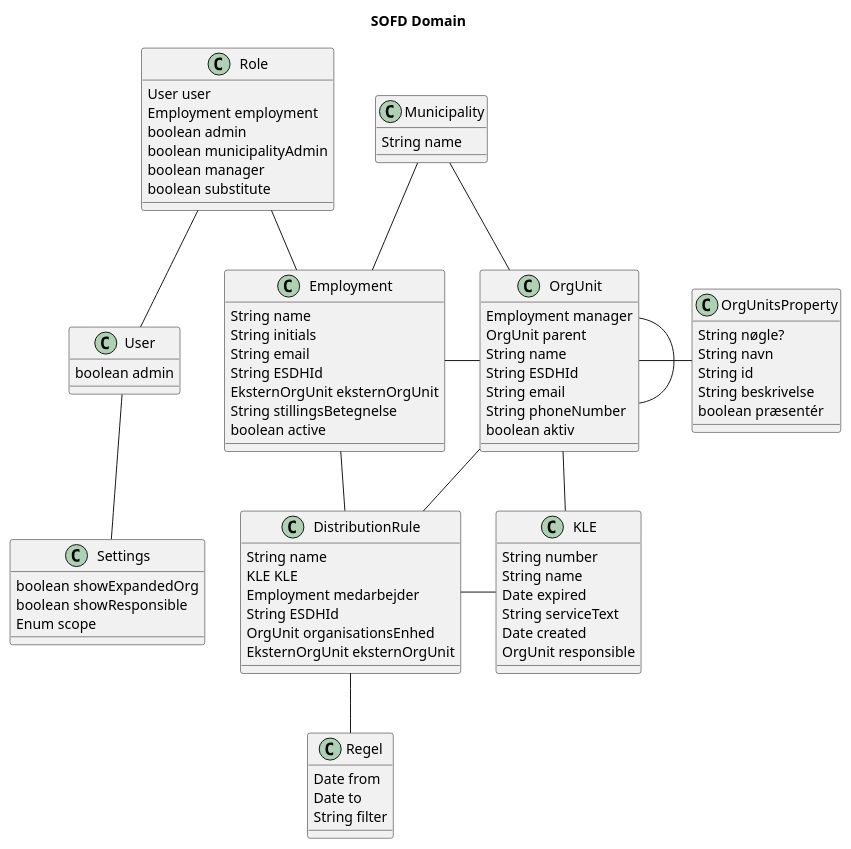
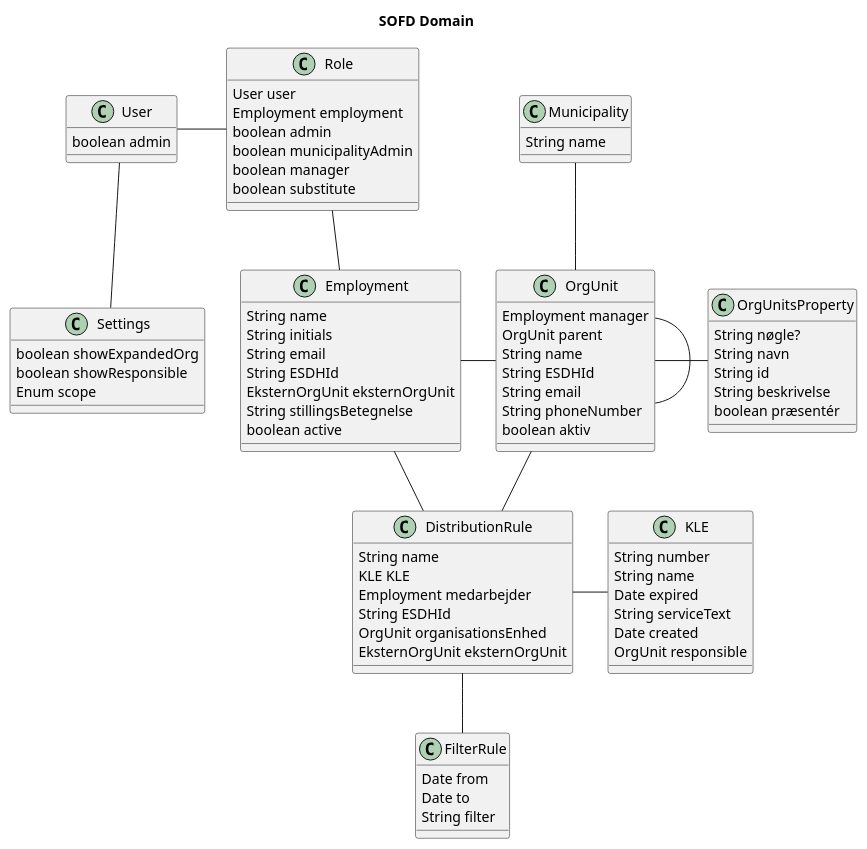
One commit to dibgraversen/os2opgavefordeler changed the diagram in docs/domain.puml. Above: the diagram before and after it, drawn with PlantUML.

Commit message:
switched a term to english and removed a connection

```diff
--- a/docs/domain.puml
+++ b/docs/domain.puml
@@ -1,94 +1,92 @@
 @startuml
 title SOFD Domain
 
 class User {
   boolean admin
 }
 
 class Role {
   User user
   Employment employment
   boolean admin
   boolean municipalityAdmin
   boolean manager
   boolean substitute
 }
 
 class Municipality {
   String name
 }
 
-class Regel {
+class FilterRule {
   Date from
   Date to
   String filter
 }
 
 class KLE {
   String number
   String name
   Date expired
   String serviceText
   Date created
   OrgUnit responsible
 }
 
 class OrgUnitsProperty {
   String nøgle?
   String navn
   String id
   String beskrivelse
   boolean præsentér
 }
 
 class DistributionRule {
   String name
   KLE KLE
   Employment medarbejder
   String ESDHId
   OrgUnit organisationsEnhed
   EksternOrgUnit eksternOrgUnit
 }
 
 class Employment {
   String name
   String initials
   String email
   String ESDHId
   EksternOrgUnit eksternOrgUnit
   String stillingsBetegnelse
   boolean active
 }
 
 class OrgUnit {
   Employment manager
   OrgUnit parent
   String name
   String ESDHId
   String email
   String phoneNumber
   boolean aktiv
   
 }
 
 class Settings {
   boolean showExpandedOrg
   boolean showResponsible
   Enum scope
 }
 
 Role -- Employment
-Role -- User
-Municipality -- Employment
+User - Role
 Municipality -- OrgUnit
 OrgUnit - OrgUnit
 OrgUnit - OrgUnitsProperty
 OrgUnit -- DistributionRule
-OrgUnit -- KLE
 Employment -- DistributionRule
 DistributionRule - KLE
 User -- Settings
 Employment - OrgUnit
-DistributionRule -- Regel
+DistributionRule -- FilterRule
 
 @enduml
```
